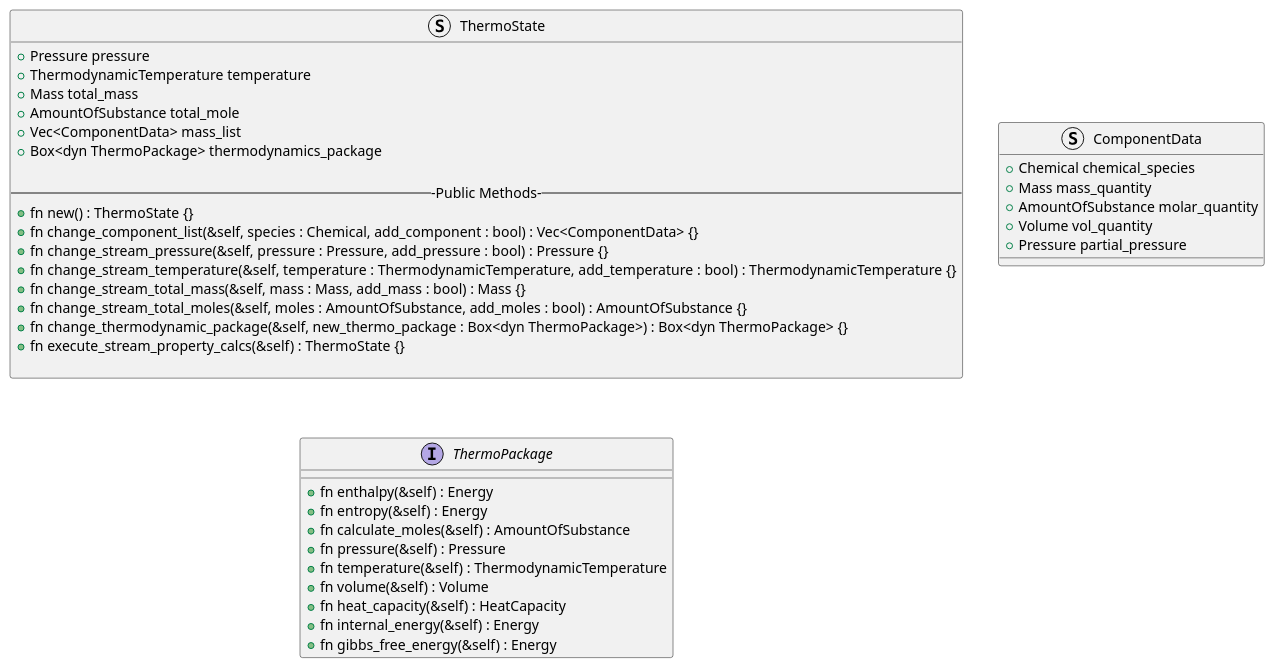
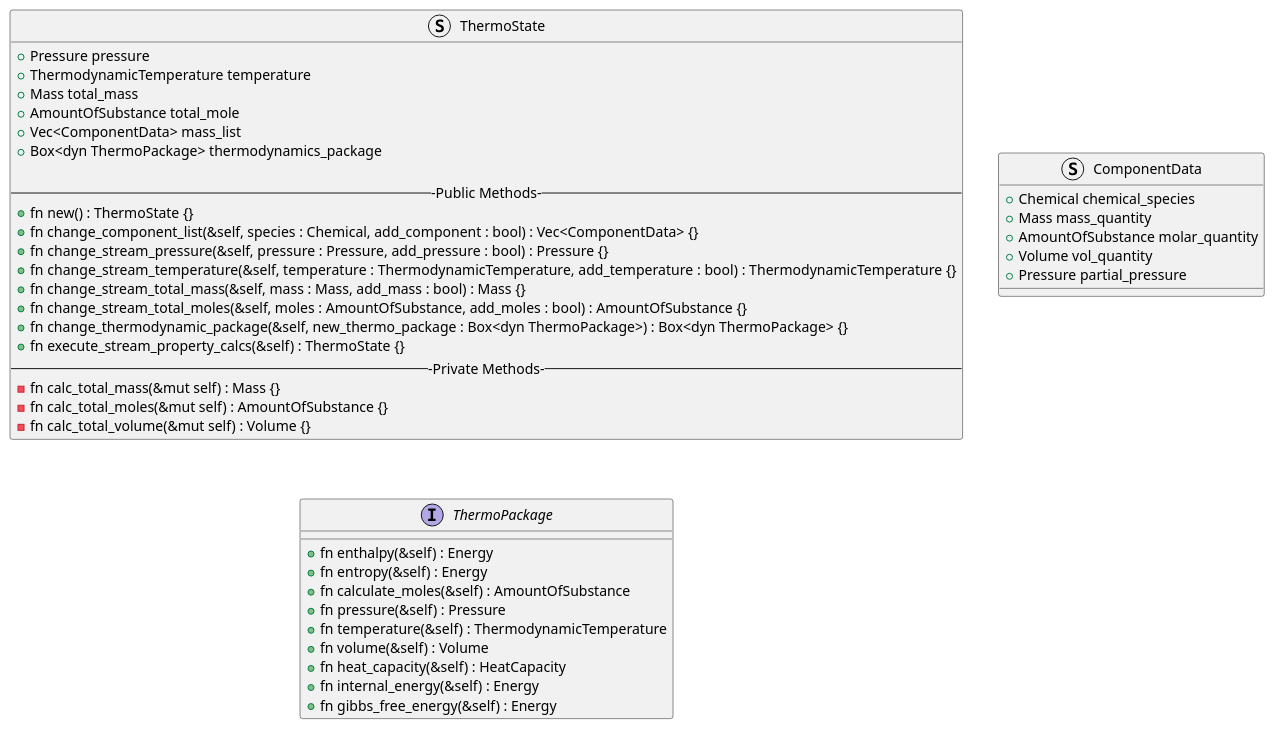
One commit to OSCPS-Project/OSCPS-UML changed the diagram in thermo-module/thermodynamics-module.puml. Above: the diagram before and after it, drawn with PlantUML. The commit also changed 1 other file, not shown here.

```diff
--- a/thermo-module/thermodynamics-module.puml
+++ b/thermo-module/thermodynamics-module.puml
@@ -1,45 +1,48 @@
 @startuml thermodynamics_module_class_diagram
 
 Struct ThermoState {
   + Pressure pressure
   + ThermodynamicTemperature temperature
   + Mass total_mass
   + AmountOfSubstance total_mole
   + Vec<ComponentData> mass_list
   + Box<dyn ThermoPackage> thermodynamics_package
 
   ---Public Methods---
   + fn new() : ThermoState {}
   + fn change_component_list(&self, species : Chemical, add_component : bool) : Vec<ComponentData> {}
   + fn change_stream_pressure(&self, pressure : Pressure, add_pressure : bool) : Pressure {}
   + fn change_stream_temperature(&self, temperature : ThermodynamicTemperature, add_temperature : bool) : ThermodynamicTemperature {}
   + fn change_stream_total_mass(&self, mass : Mass, add_mass : bool) : Mass {}
   + fn change_stream_total_moles(&self, moles : AmountOfSubstance, add_moles : bool) : AmountOfSubstance {}
   + fn change_thermodynamic_package(&self, new_thermo_package : Box<dyn ThermoPackage>) : Box<dyn ThermoPackage> {}
   + fn execute_stream_property_calcs(&self) : ThermoState {}
-
+  ---Private Methods---
+  - fn calc_total_mass(&mut self) : Mass {}
+  - fn calc_total_moles(&mut self) : AmountOfSubstance {}
+  - fn calc_total_volume(&mut self) : Volume {}
 }
 
 Struct ComponentData {
   + Chemical chemical_species
   + Mass mass_quantity
   + AmountOfSubstance molar_quantity
   + Volume vol_quantity
   + Pressure partial_pressure
 }
 
 Interface ThermoPackage {
     + fn enthalpy(&self) : Energy
     + fn entropy(&self) : Energy
     + fn calculate_moles(&self) : AmountOfSubstance
     + fn pressure(&self) : Pressure
     + fn temperature(&self) : ThermodynamicTemperature
     + fn volume(&self) : Volume
     + fn heat_capacity(&self) : HeatCapacity
     + fn internal_energy(&self) : Energy
     + fn gibbs_free_energy(&self) : Energy
 }
 
 
 
 @enduml
```
